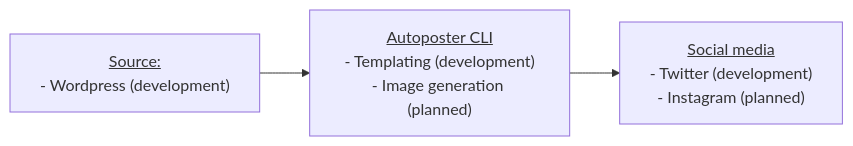
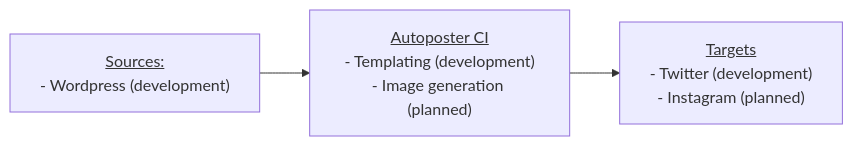
One commit to Jblew/socialmedia-autopublisher-cli changed the diagram in README.md. Above: the diagram before and after it, drawn with Mermaid. The commit also changed other lines of this file, not shown here.

````diff
--- a/README.md
+++ b/README.md
@@ -5,8 +5,8 @@
 ```mermaid
 flowchart LR
-  Source --> Cli --> Socialmedia
-  Source["<u>Source:</u><br />- Wordpress (development)"]
-  Cli["<u>Autoposter CLI</u><br />- Templating (development)<br />- Image generation (planned)"]
-  Socialmedia["<u>Social media</u><br />- Twitter (development)<br \>- Instagram (planned)"]
+  Sources --> CI --> Targets
+  Sources["<u>Sources:</u><br />- Wordpress (development)"]
+  CI["<u>Autoposter CI</u><br />- Templating (development)<br />- Image generation (planned)"]
+  Targets["<u>Targets</u><br />- Twitter (development)<br \>- Instagram (planned)"]
 
 ```
````
